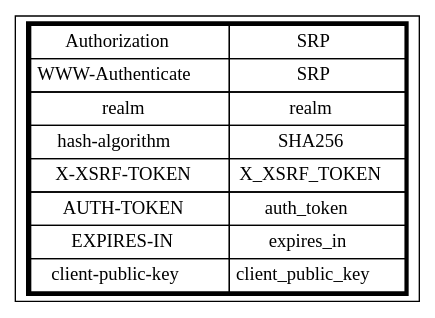
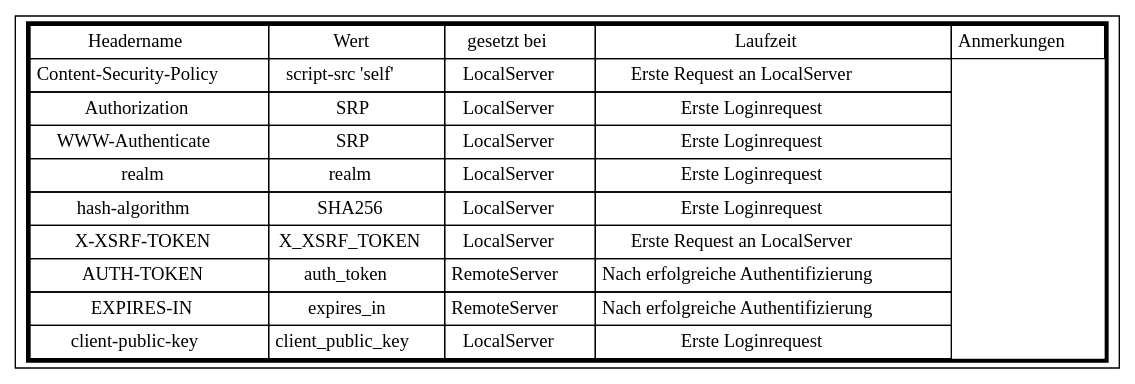
The diagram in doc/src/dotty/headers.dot (fab-du/PSS_Local), drawn with Graphviz before and after one commit. The commit also changed 3 other files, not shown here.

```diff
--- a/doc/src/dotty/headers.dot
+++ b/doc/src/dotty/headers.dot
@@ -1,50 +1,82 @@
 
 digraph g {
     node [shape = record, height=2]
 
     node_header[label=< 
     <table border="3" cellspacing="0" cellborder="1" cellpadding="4">
+
+        <tr>
+         <td>Headername</td>
+         <td>Wert</td> 
+         <td>gesetzt bei</td> 
+         <td>Laufzeit</td> 
+         <td>Anmerkungen </td> 
+        </tr>
+
+        <tr>
+         <td>Content-Security-Policy</td>
+         <td>script-src 'self'</td> 
+         <td>LocalServer</td> 
+         <td>Erste Request an LocalServer</td> 
+        </tr>
+
         <tr>
          <td>Authorization</td>
          <td>SRP</td> 
+         <td>LocalServer</td> 
+         <td>Erste Loginrequest</td> 
         </tr>
 
         <tr>
          <td>WWW-Authenticate</td>
          <td>SRP</td> 
+         <td>LocalServer</td> 
+         <td>Erste Loginrequest</td> 
         </tr>
 
         <tr>
          <td>realm</td>
          <td>realm</td> 
+         <td>LocalServer</td> 
+         <td>Erste Loginrequest</td> 
         </tr>
 
         <tr>
          <td>hash-algorithm</td>
          <td>SHA256</td> 
+         <td>LocalServer</td> 
+         <td>Erste Loginrequest</td> 
         </tr>
 
         <tr>
          <td>X-XSRF-TOKEN</td>
          <td>X_XSRF_TOKEN</td> 
+         <td>LocalServer</td> 
+         <td>Erste Request an LocalServer</td> 
         </tr>
 
         <tr>
          <td>AUTH-TOKEN</td>
          <td>auth_token</td> 
+         <td>RemoteServer</td> 
+         <td>Nach erfolgreiche Authentifizierung</td> 
         </tr>
 
         <tr>
          <td>EXPIRES-IN</td>
          <td>expires_in</td> 
+         <td>RemoteServer</td> 
+         <td>Nach erfolgreiche Authentifizierung</td> 
         </tr>
 
         <tr>
          <td>client-public-key</td>
          <td>client_public_key</td> 
+         <td>LocalServer</td> 
+         <td>Erste Loginrequest</td> 
         </tr>
 
     </table>>]
 
 
 }
```
